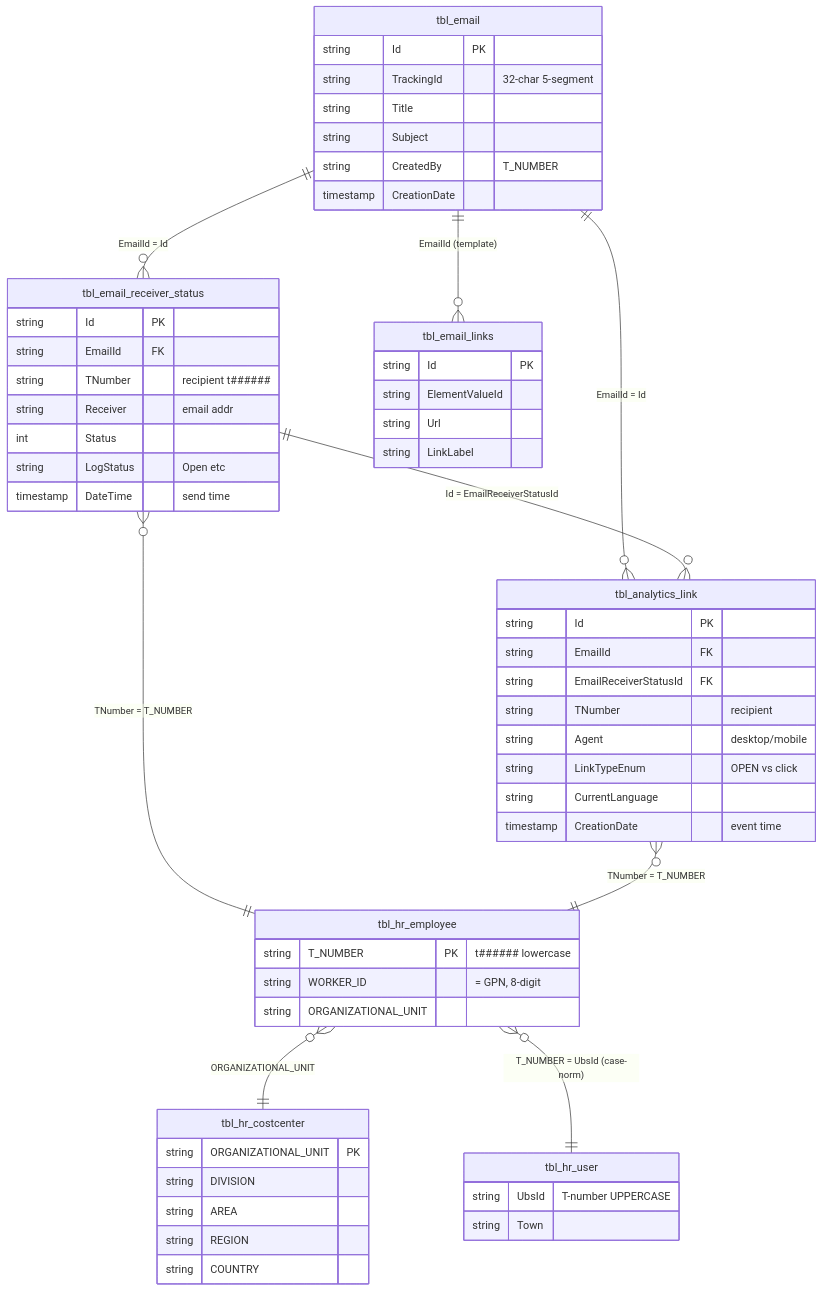
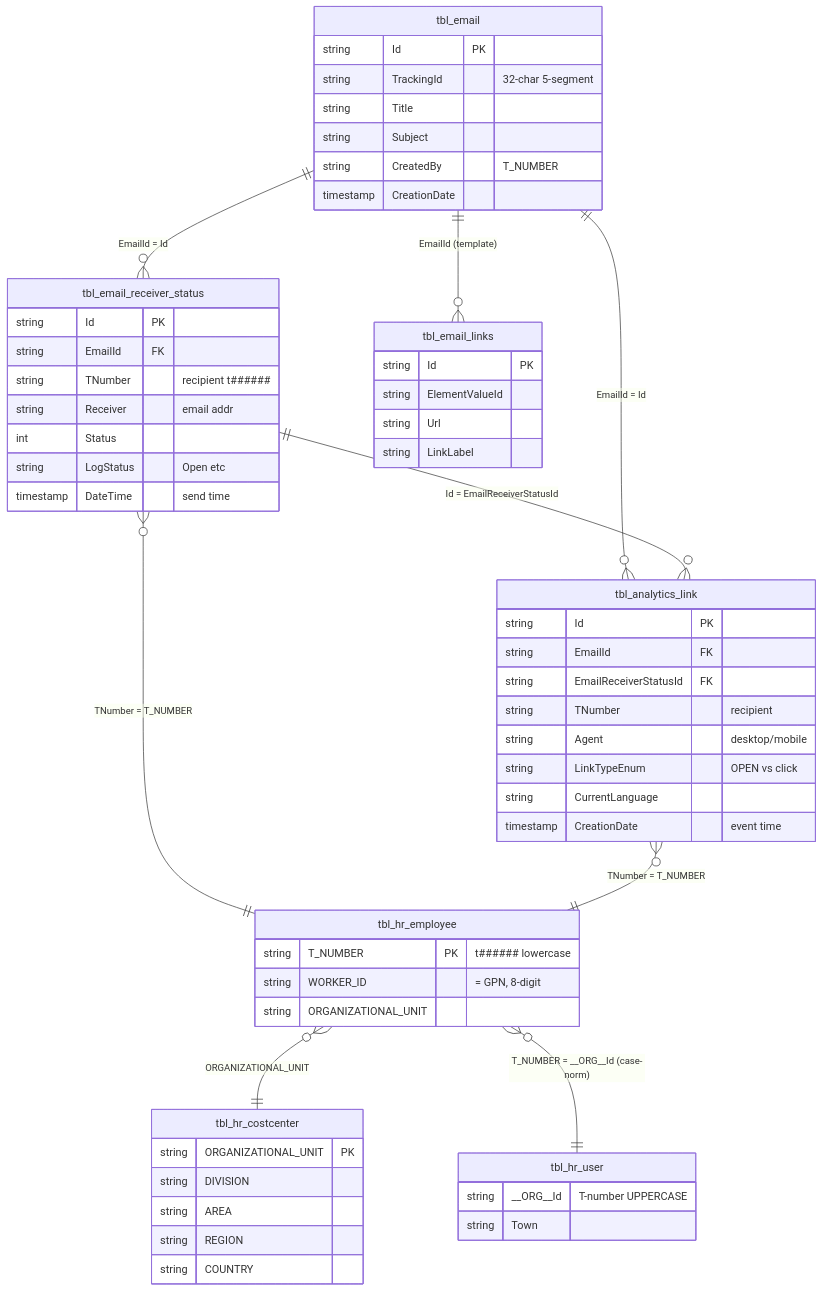
The second of 7 diagrams in docs/architecture_diagram.md (dallmi/Databricks), drawn with Mermaid before and after one commit. The commit also changed other lines of this file and 85 other files, not shown here.

````diff
--- a/docs/architecture_diagram.md
+++ b/docs/architecture_diagram.md
@@ -99,61 +99,61 @@
 ```mermaid
 erDiagram
     tbl_email ||--o{ tbl_email_receiver_status : "EmailId = Id"
     tbl_email ||--o{ tbl_analytics_link : "EmailId = Id"
     tbl_email_receiver_status ||--o{ tbl_analytics_link : "Id = EmailReceiverStatusId"
     tbl_email_receiver_status }o--|| tbl_hr_employee : "TNumber = T_NUMBER"
     tbl_analytics_link }o--|| tbl_hr_employee : "TNumber = T_NUMBER"
     tbl_hr_employee }o--|| tbl_hr_costcenter : "ORGANIZATIONAL_UNIT"
-    tbl_hr_employee }o--|| tbl_hr_user : "T_NUMBER = UbsId (case-norm)"
+    tbl_hr_employee }o--|| tbl_hr_user : "T_NUMBER = __ORG__Id (case-norm)"
     tbl_email ||--o{ tbl_email_links : "EmailId (template)"
 
     tbl_email {
         string Id PK
         string TrackingId "32-char 5-segment"
         string Title
         string Subject
         string CreatedBy "T_NUMBER"
         timestamp CreationDate
     }
     tbl_email_receiver_status {
         string Id PK
         string EmailId FK
         string TNumber "recipient t######"
         string Receiver "email addr"
         int Status
         string LogStatus "Open etc"
         timestamp DateTime "send time"
     }
     tbl_analytics_link {
         string Id PK
         string EmailId FK
         string EmailReceiverStatusId FK
         string TNumber "recipient"
         string Agent "desktop/mobile"
         string LinkTypeEnum "OPEN vs click"
         string CurrentLanguage
         timestamp CreationDate "event time"
     }
     tbl_hr_employee {
         string T_NUMBER PK "t###### lowercase"
         string WORKER_ID "= GPN, 8-digit"
         string ORGANIZATIONAL_UNIT
     }
     tbl_hr_costcenter {
         string ORGANIZATIONAL_UNIT PK
         string DIVISION
         string AREA
         string REGION
         string COUNTRY
     }
     tbl_hr_user {
-        string UbsId "T-number UPPERCASE"
+        string __ORG__Id "T-number UPPERCASE"
         string Town
     }
     tbl_email_links {
         string Id PK
         string ElementValueId
         string Url
         string LinkLabel
     }
 ```
````
